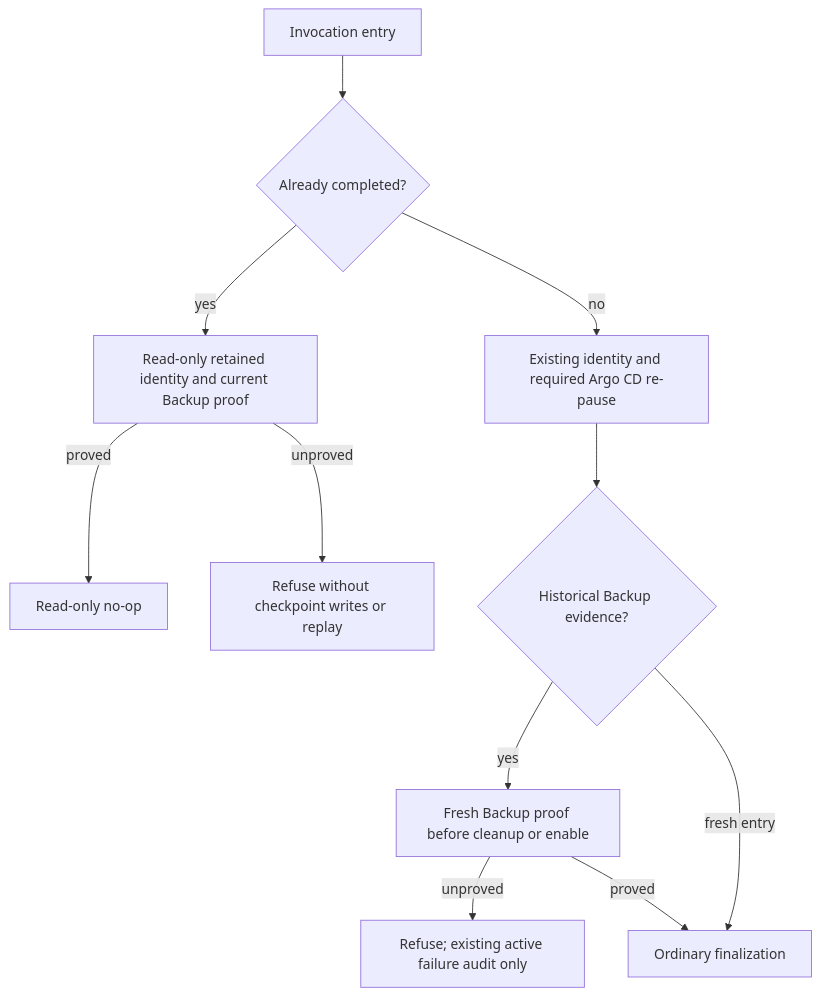
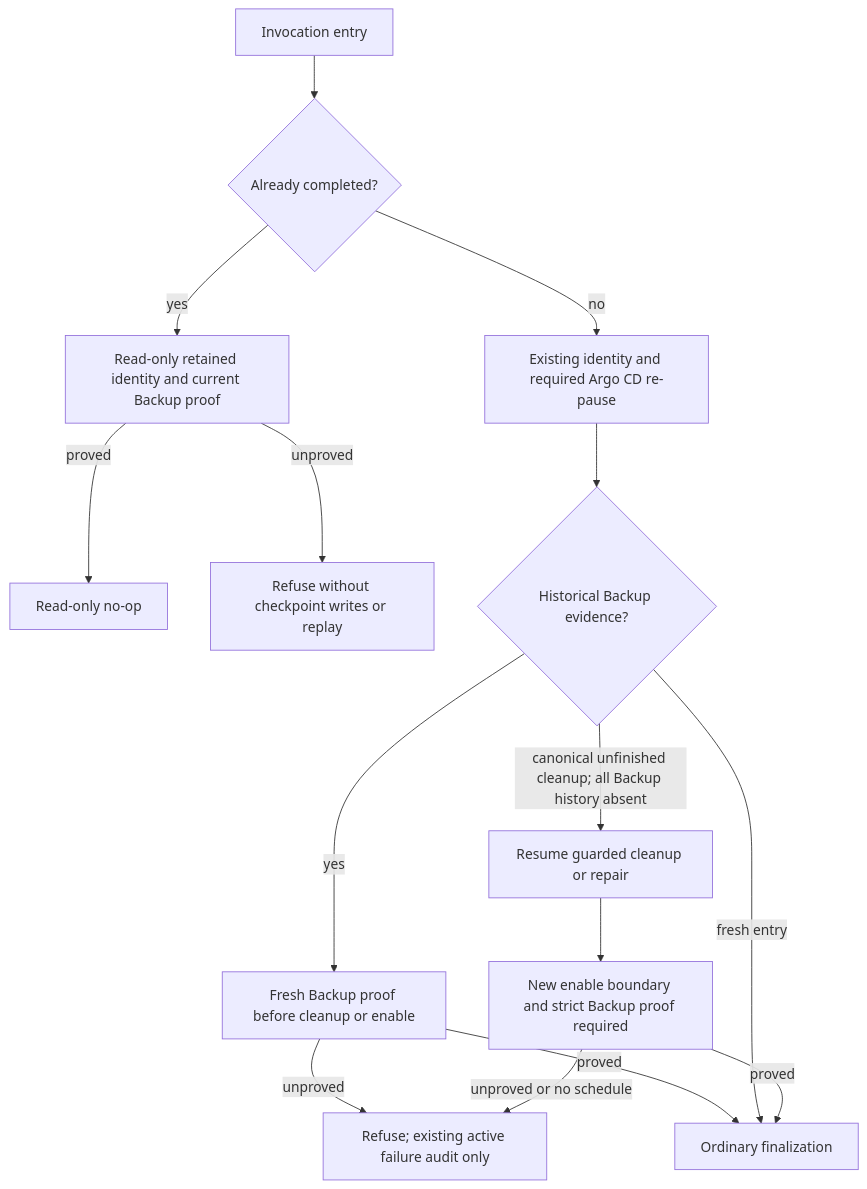
One commit to tomazb/rh-acm-switchover changed the third of 5 diagrams in docs/development/architecture.md. Above: the diagram before and after it, drawn with Mermaid. The commit also changed other lines of this file and 30 other files, not shown here.

````diff
--- a/docs/development/architecture.md
+++ b/docs/development/architecture.md
@@ -495,13 +498,17 @@
 ```mermaid
 flowchart TD
     E[Invocation entry] --> C{Already completed?}
     C -->|yes| I[Read-only retained identity and current Backup proof]
     I -->|proved| N[Read-only no-op]
     I -->|unproved| R[Refuse without checkpoint writes or replay]
     C -->|no| P[Existing identity and required Argo CD re-pause]
     P --> H{Historical Backup evidence?}
     H -->|yes| V[Fresh Backup proof before cleanup or enable]
     V -->|unproved| A[Refuse; existing active failure audit only]
     V -->|proved| F[Ordinary finalization]
     H -->|fresh entry| F
+    H -->|canonical unfinished cleanup; all Backup history absent| U[Resume guarded cleanup or repair]
+    U --> B[New enable boundary and strict Backup proof required]
+    B -->|proved| F
+    B -->|unproved or no schedule| A
 ```
````
